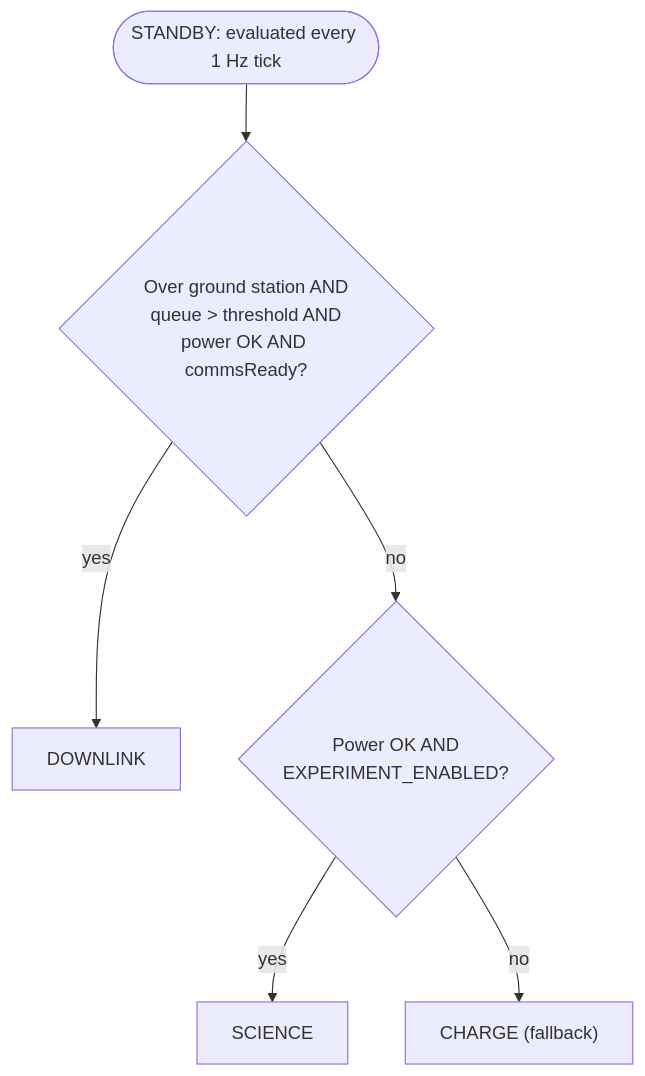
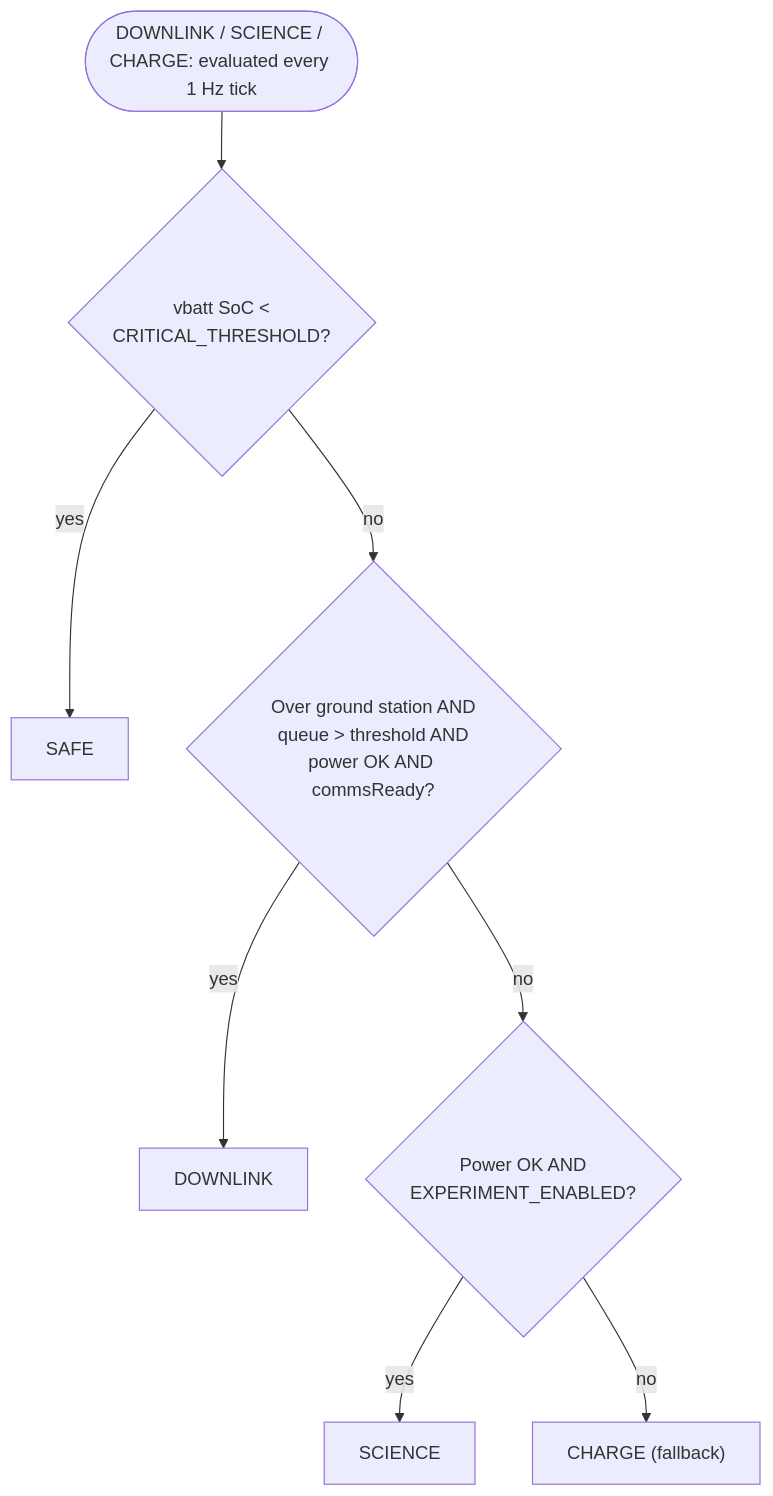
One commit to UWCubeSat/hs2-software-design changed the second of 3 diagrams in docs/Core/SatStateMachine.md. Above: the diagram before and after it, drawn with Mermaid. The commit also changed other lines of this file and 14 other files, not shown here.

Commit message:
docs: resolve diagram and naming conflicts

````diff
--- a/docs/Core/SatStateMachine.md
+++ b/docs/Core/SatStateMachine.md
@@ -124,8 +144,10 @@
 ```mermaid
 flowchart TD
-    tick(["STANDBY: evaluated every 1 Hz tick"]) --> c1{"Over ground station AND<br/>queue > threshold AND<br/>power OK AND commsReady?"}
+    tick(["DOWNLINK / SCIENCE / CHARGE: evaluated every 1 Hz tick"]) --> c0{"vbatt SoC &lt;<br/>CRITICAL_THRESHOLD?"}
+    c0 -->|yes| SAFE["SAFE"]
+    c0 -->|no| c1{"Over ground station AND<br/>queue > threshold AND<br/>power OK AND commsReady?"}
     c1 -->|yes| DOWNLINK["DOWNLINK"]
     c1 -->|no| c2{"Power OK AND<br/>EXPERIMENT_ENABLED?"}
     c2 -->|yes| SCIENCE["SCIENCE"]
     c2 -->|no| CHARGE["CHARGE (fallback)"]
 ```
````
